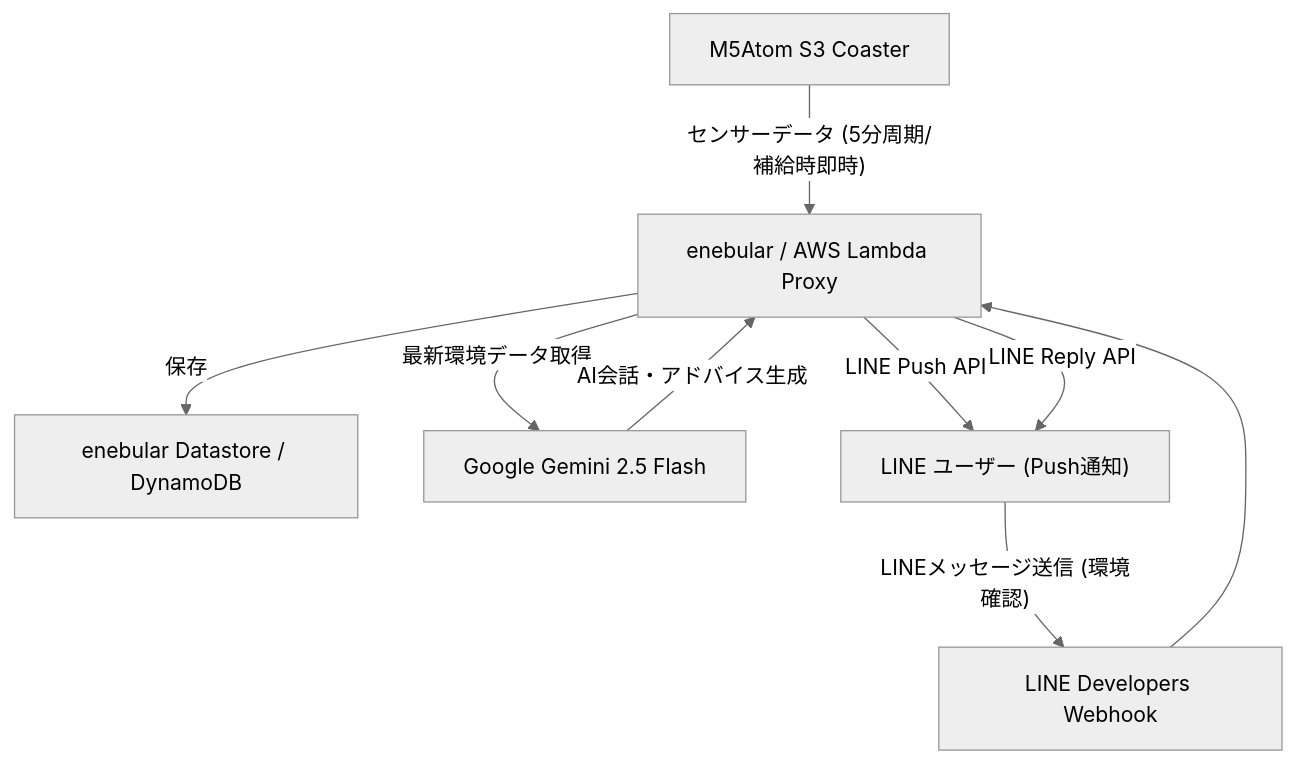
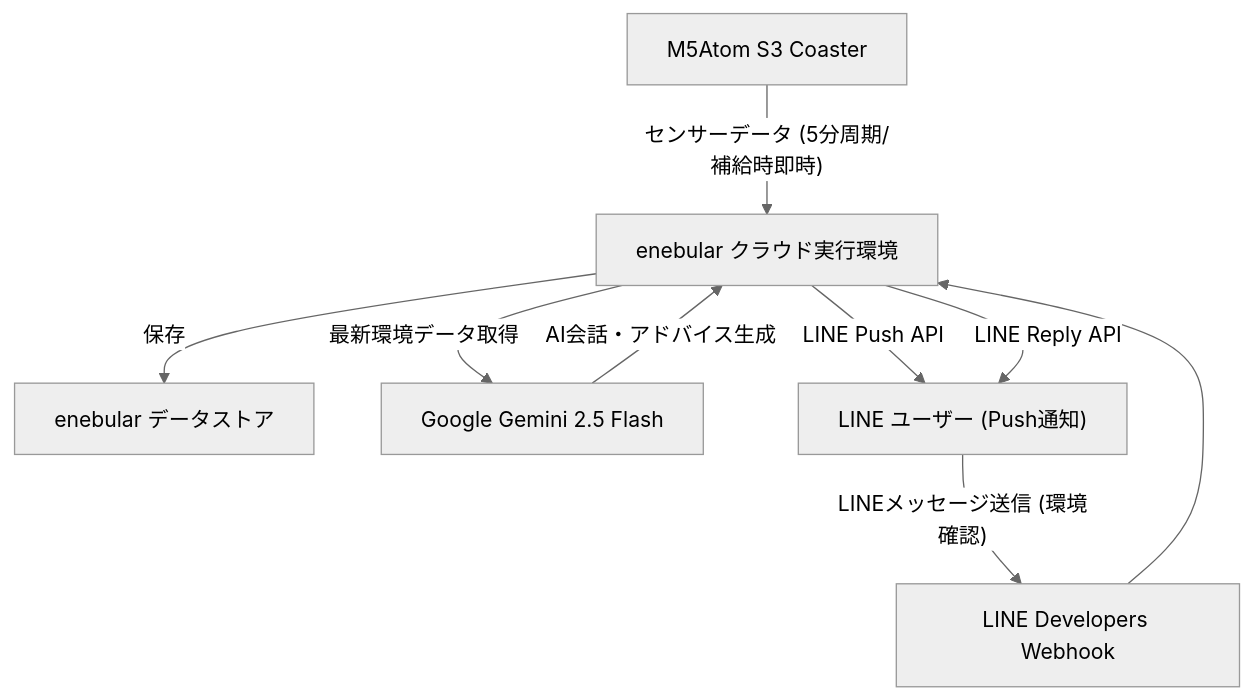
One commit to jksoft-main/ururu-smart-coaster changed the diagram in README.md. Above: the diagram before and after it, drawn with Mermaid (neutral theme).

Commit message:
docs: update project documentation in README.md

````diff
--- a/README.md
+++ b/README.md
@@ -10,11 +10,11 @@
 ```mermaid
 graph TD
-    Device["M5Atom S3 Coaster"] -- "センサーデータ (5分周期/補給時即時)" --> Enebular["enebular / AWS Lambda Proxy"]
-    Enebular -- "保存" --> Datastore["enebular Datastore / DynamoDB"]
+    Device["M5Atom S3 Coaster"] -- "センサーデータ (5分周期/補給時即時)" --> Enebular["enebular クラウド実行環境"]
+    Enebular -- "保存" --> Datastore["enebular データストア"]
     Enebular -- "最新環境データ取得" --> Gemini["Google Gemini 2.5 Flash"]
     Gemini -- "AI会話・アドバイス生成" --> Enebular
     Enebular -- "LINE Push API" --> LineUser["LINE ユーザー (Push通知)"]
     LineUser -- "LINEメッセージ送信 (環境確認)" --> LineWebhook["LINE Developers Webhook"]
     LineWebhook --> Enebular
     Enebular -- "LINE Reply API" --> LineUser
 ```
````
